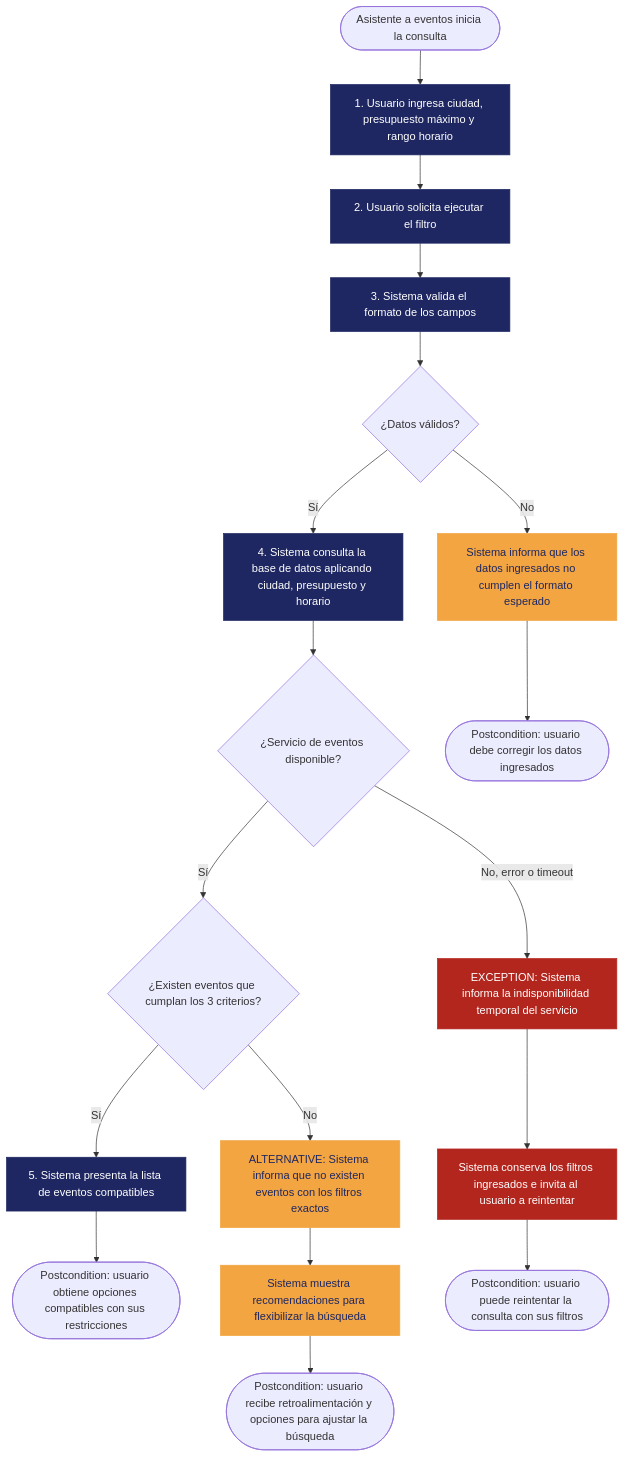
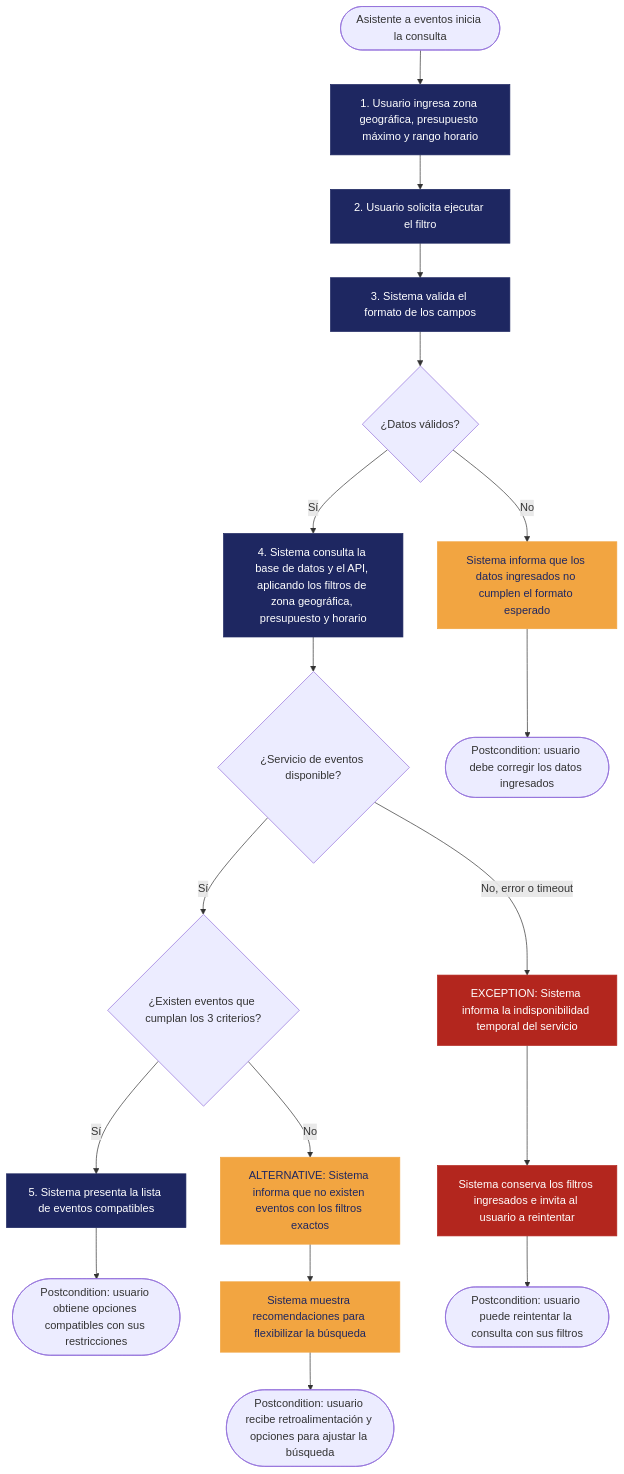
One commit to ProyectPlanning/Sistema_de_eventos changed the diagram in Docs/REQ-01.md. Above: the diagram before and after it, drawn with Mermaid. The commit also changed other lines of this file, not shown here.

````diff
--- a/Docs/REQ-01.md
+++ b/Docs/REQ-01.md
@@ -149,33 +139,33 @@
 ```mermaid
 flowchart TD
-    A([Asistente a eventos inicia la consulta]) --> B["1. Usuario ingresa ciudad, presupuesto máximo y rango horario"]
+    A([Asistente a eventos inicia la consulta]) --> B["1. Usuario ingresa zona geográfica, presupuesto máximo y rango horario"]
     B --> C["2. Usuario solicita ejecutar el filtro"]
     C --> D["3. Sistema valida el formato de los campos"]
     D --> E{"¿Datos válidos?"}
 
-    E -- "Sí" --> F["4. Sistema consulta la base de datos aplicando ciudad, presupuesto y horario"]
+    E -- "Sí" --> F["4. Sistema consulta la base de datos y el API, aplicando los filtros de zona geográfica, presupuesto y horario"]
     F --> G{"¿Servicio de eventos disponible?"}
 
     G -- "Sí" --> H{"¿Existen eventos que cumplan los 3 criterios?"}
     H -- "Sí" --> I["5. Sistema presenta la lista de eventos compatibles"]
     I --> J(["Postcondition: usuario obtiene opciones compatibles con sus restricciones"])
 
     H -- "No" --> K["ALTERNATIVE: Sistema informa que no existen eventos con los filtros exactos"]
     K --> L["Sistema muestra recomendaciones para flexibilizar la búsqueda"]
     L --> M(["Postcondition: usuario recibe retroalimentación y opciones para ajustar la búsqueda"])
 
     G -- "No, error o timeout" --> N["EXCEPTION: Sistema informa la indisponibilidad temporal del servicio"]
     N --> O["Sistema conserva los filtros ingresados e invita al usuario a reintentar"]
     O --> P(["Postcondition: usuario puede reintentar la consulta con sus filtros"])
 
     E -- "No" --> Q["Sistema informa que los datos ingresados no cumplen el formato esperado"]
     Q --> R(["Postcondition: usuario debe corregir los datos ingresados"])
 
     classDef mainflow fill:#1E2761,color:#ffffff,stroke:#1E2761;
     classDef alt fill:#F2A541,color:#1E2761,stroke:#F2A541;
     classDef exception fill:#B3261E,color:#ffffff,stroke:#B3261E;
 
     class B,C,D,F,I mainflow;
     class K,L,Q alt;
     class N,O exception;
 ```
````
